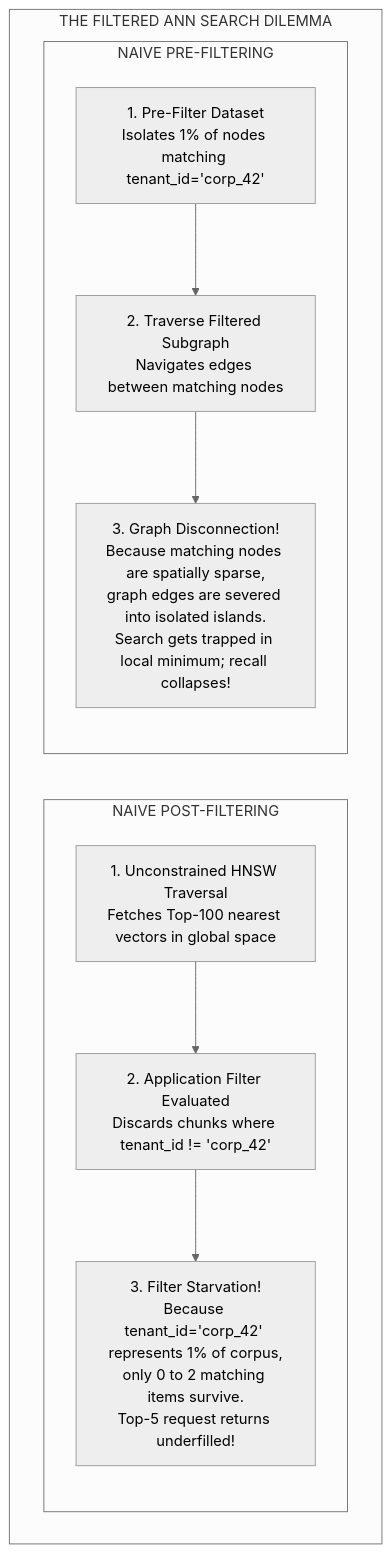
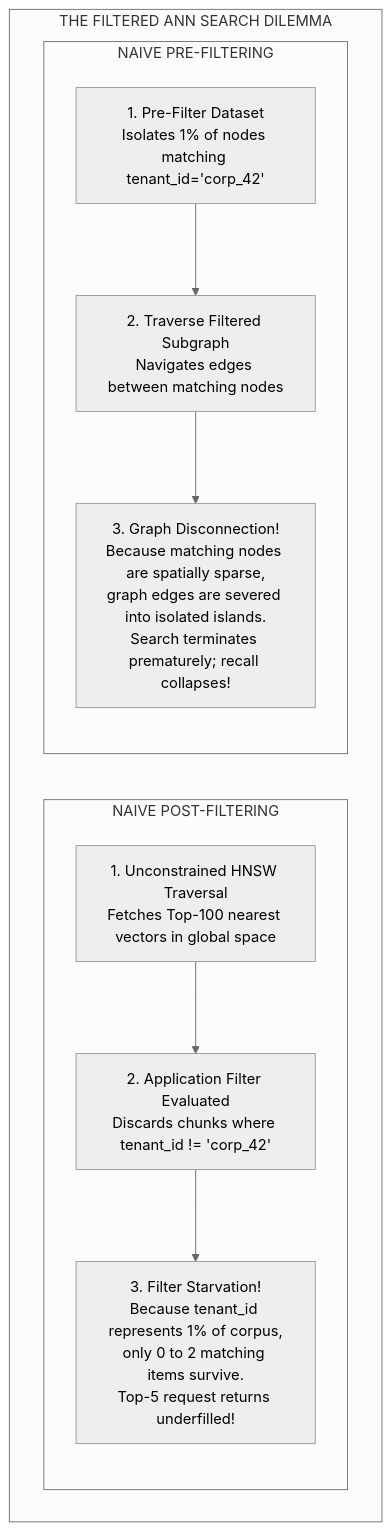
The first of 4 diagrams in 02-rag-and-knowledge-systems/05-predicate-filtering-and-acorn.md (dip4k/senior-engineer-to-ai-engineer-roadmap), drawn with Mermaid (neutral theme) before and after one commit. The commit also changed other lines of this file and 10 other files, not shown here.

````diff
--- a/02-rag-and-knowledge-systems/05-predicate-filtering-and-acorn.md
+++ b/02-rag-and-knowledge-systems/05-predicate-filtering-and-acorn.md
@@ -35,14 +37,14 @@
 ```mermaid
 flowchart TD
     subgraph Dilemma["THE FILTERED ANN SEARCH DILEMMA"]
         subgraph PostFilter["NAIVE POST-FILTERING"]
             P1["1. Unconstrained HNSW Traversal<br>Fetches Top-100 nearest vectors in global space"] --> P2["2. Application Filter Evaluated<br>Discards chunks where tenant_id != 'corp_42'"]
-            P2 --> P3["3. Filter Starvation!<br>Because tenant_id='corp_42' represents 1% of corpus,<br>only 0 to 2 matching items survive.<br>Top-5 request returns underfilled!"]
+            P2 --> P3["3. Filter Starvation!<br>Because tenant_id represents 1% of corpus,<br>only 0 to 2 matching items survive.<br>Top-5 request returns underfilled!"]
         end
 
         subgraph PreFilter["NAIVE PRE-FILTERING"]
             PR1["1. Pre-Filter Dataset<br>Isolates 1% of nodes matching tenant_id='corp_42'"] --> PR2["2. Traverse Filtered Subgraph<br>Navigates edges between matching nodes"]
-            PR2 --> PR3["3. Graph Disconnection!<br>Because matching nodes are spatially sparse,<br>graph edges are severed into isolated islands.<br>Search gets trapped in local minimum; recall collapses!"]
+            PR2 --> PR3["3. Graph Disconnection!<br>Because matching nodes are spatially sparse,<br>graph edges are severed into isolated islands.<br>Search terminates prematurely; recall collapses!"]
         end
     end
 ```
````
